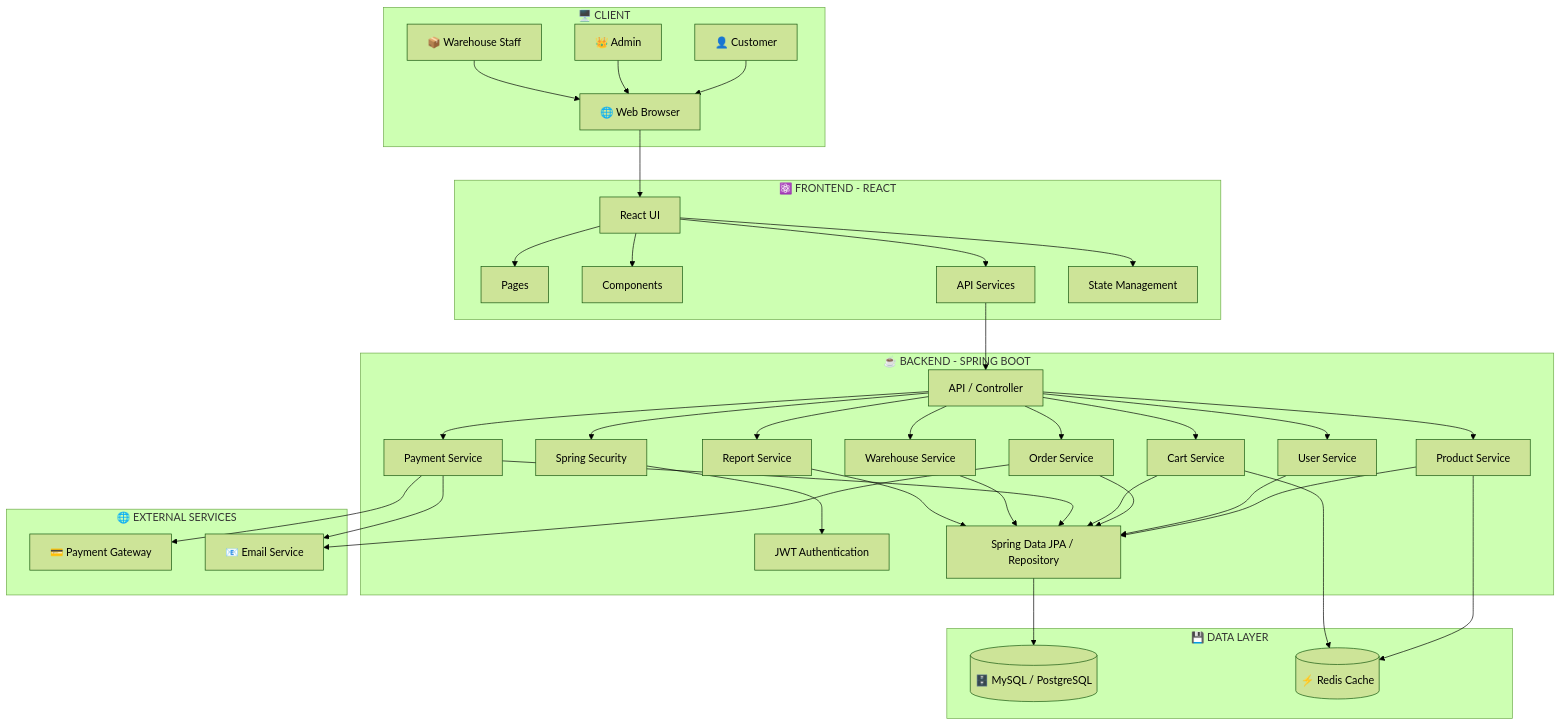
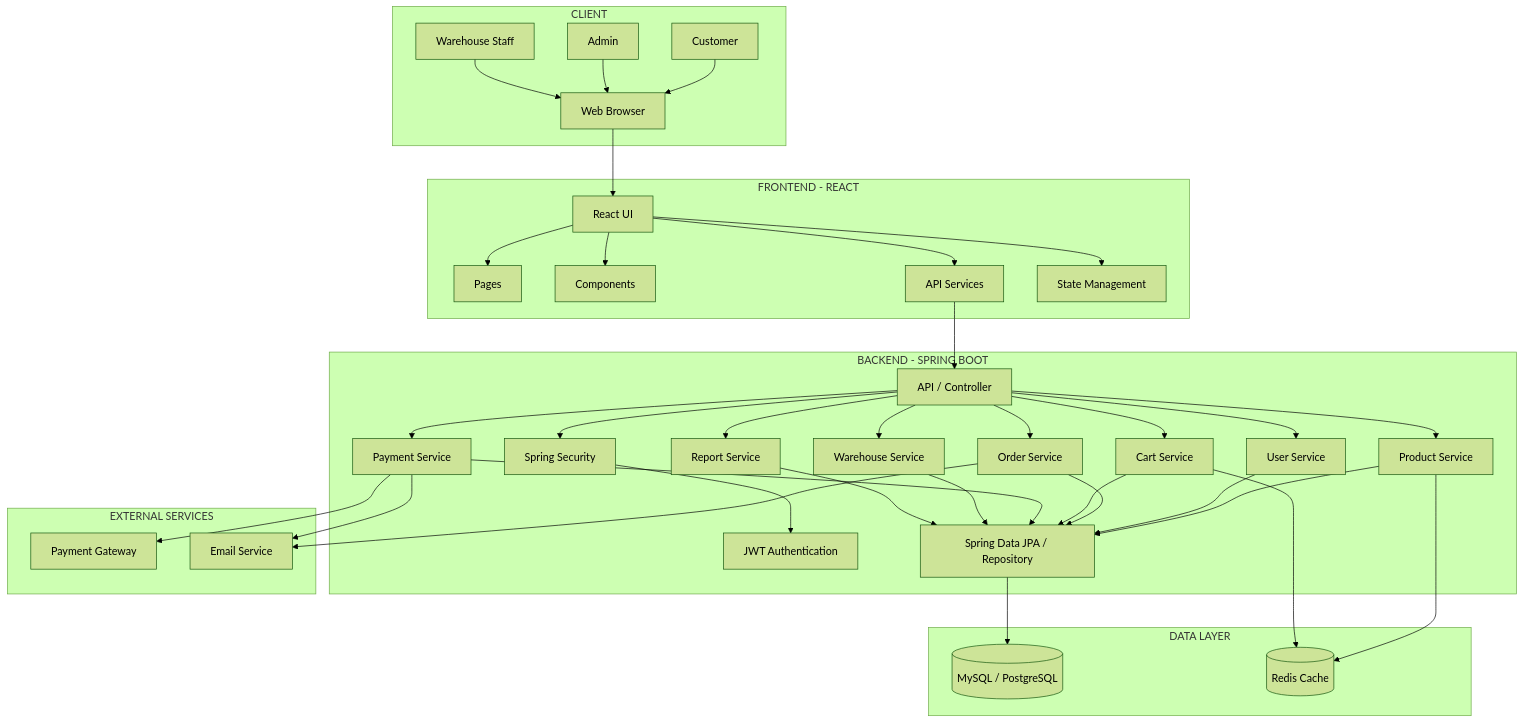
The diagram in mermaid/03-system-architecture.mmd (Daovinh05/Sales-Management-N6TT27), drawn with Mermaid (forest theme) before and after one commit. The commit also changed 3 other files, not shown here.

```diff
--- a/mermaid/03-system-architecture.mmd
+++ b/mermaid/03-system-architecture.mmd
@@ -1,126 +1,126 @@
 flowchart TB
 
     %% ==========================================
     %% CLIENT
     %% ==========================================
 
-    subgraph CLIENT["🖥️ CLIENT"]
-        Customer["👤 Customer"]
-        Admin["👑 Admin"]
-        Warehouse["📦 Warehouse Staff"]
+    subgraph CLIENT["CLIENT"]
+        Customer["Customer"]
+        Admin["Admin"]
+        Warehouse["Warehouse Staff"]
 
-        Browser["🌐 Web Browser"]
+        Browser["Web Browser"]
 
         Customer --> Browser
         Admin --> Browser
         Warehouse --> Browser
     end
 
 
     %% ==========================================
     %% FRONTEND
     %% ==========================================
 
-    subgraph FRONTEND["⚛️ FRONTEND - REACT"]
+    subgraph FRONTEND["FRONTEND - REACT"]
 
         UI["React UI"]
 
         Pages["Pages"]
         Components["Components"]
         Services["API Services"]
         State["State Management"]
 
         UI --> Pages
         UI --> Components
         UI --> Services
         UI --> State
 
     end
 
 
     %% ==========================================
     %% BACKEND
     %% ==========================================
 
-    subgraph BACKEND["☕ BACKEND - SPRING BOOT"]
+    subgraph BACKEND["BACKEND - SPRING BOOT"]
 
         Gateway["API / Controller"]
 
         Security["Spring Security"]
         JWT["JWT Authentication"]
 
         ProductService["Product Service"]
         UserService["User Service"]
         OrderService["Order Service"]
         CartService["Cart Service"]
         PaymentService["Payment Service"]
         WarehouseService["Warehouse Service"]
         ReportService["Report Service"]
 
         Repository["Spring Data JPA / Repository"]
 
         Gateway --> Security
         Security --> JWT
 
         Gateway --> ProductService
         Gateway --> UserService
         Gateway --> OrderService
         Gateway --> CartService
         Gateway --> PaymentService
         Gateway --> WarehouseService
         Gateway --> ReportService
 
         ProductService --> Repository
         UserService --> Repository
         OrderService --> Repository
         CartService --> Repository
         PaymentService --> Repository
         WarehouseService --> Repository
         ReportService --> Repository
 
     end
 
 
     %% ==========================================
     %% DATABASE
     %% ==========================================
 
-    subgraph DATA["💾 DATA LAYER"]
+    subgraph DATA["DATA LAYER"]
 
-        MySQL[("🗄️ MySQL / PostgreSQL")]
+        MySQL[("MySQL / PostgreSQL")]
 
-        Redis[("⚡ Redis Cache")]
+        Redis[("Redis Cache")]
 
     end
 
 
     %% ==========================================
     %% EXTERNAL SERVICES
     %% ==========================================
 
-    subgraph EXTERNAL["🌐 EXTERNAL SERVICES"]
+    subgraph EXTERNAL["EXTERNAL SERVICES"]
 
-        PaymentGateway["💳 Payment Gateway"]
+        PaymentGateway["Payment Gateway"]
 
-        Email["📧 Email Service"]
+        Email["Email Service"]
 
     end
 
 
     %% ==========================================
     %% CONNECTION
     %% ==========================================
 
     Browser --> UI
 
     Services --> Gateway
 
     Repository --> MySQL
 
     ProductService --> Redis
     CartService --> Redis
 
     PaymentService --> PaymentGateway
 
     OrderService --> Email
     PaymentService --> Email
```
